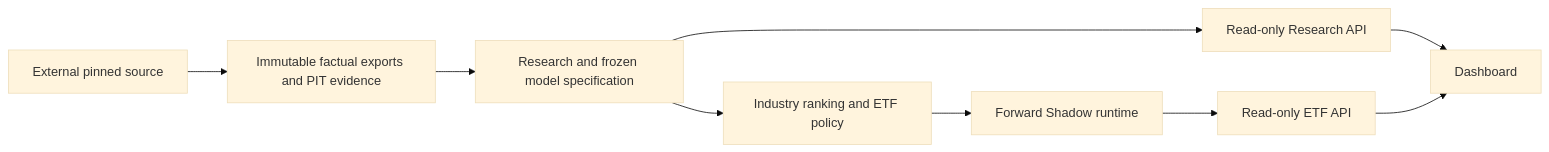
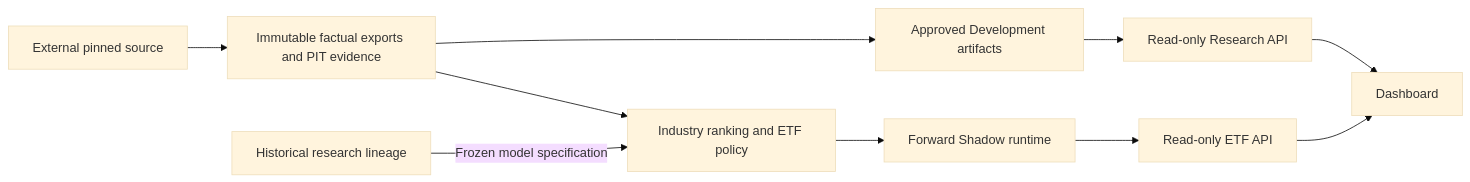
The diagram in README.md (WynterYaxley123/quant-trading), drawn with Mermaid (base theme) before and after one commit. The commit also changed 13 other files, not shown here.

````diff
--- a/README.md
+++ b/README.md
@@ -49,11 +49,12 @@
 ```mermaid
 flowchart LR
  S[External pinned source] --> E[Immutable factual exports and PIT evidence]
- E --> R[Research and frozen model specification]
- R --> Q[Industry ranking and ETF policy]
+ H[Historical research lineage] -->|Frozen model specification| Q[Industry ranking and ETF policy]
+ E --> Q
+ E --> R[Approved Development artifacts]
  Q --> T[Forward Shadow runtime]
  R --> RA[Read-only Research API]
  T --> EA[Read-only ETF API]
  RA --> D[Dashboard]
  EA --> D
 ```
````
